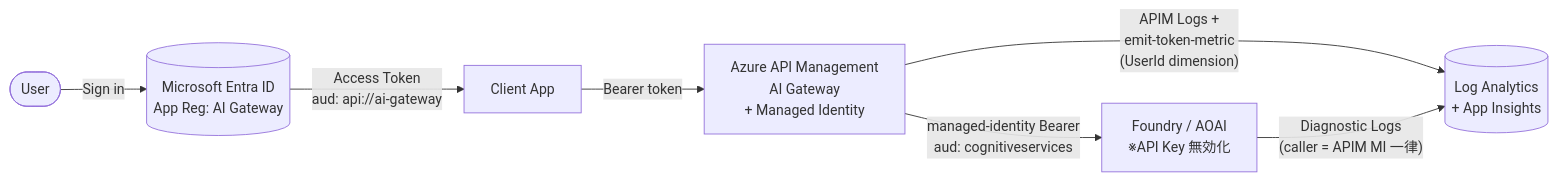
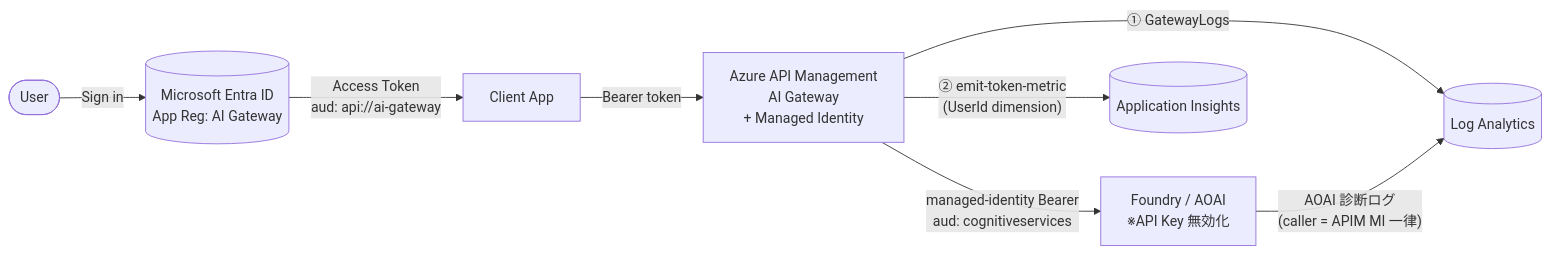
One commit to h-morozumi/foundry-usage-tracking-patterns changed the eighth of 9 diagrams in README.md. Above: the diagram before and after it, drawn with Mermaid. The commit also changed other lines of this file, not shown here.

Commit message:
fix: Update README to clarify AOAI diagnostic logs and logging patterns

````diff
--- a/README.md
+++ b/README.md
@@ -412,16 +437,18 @@
 ```mermaid
 flowchart LR
     User([User])
     App[Client App]
     Entra[(Microsoft Entra ID<br/>App Reg: AI Gateway)]
     APIM[Azure API Management<br/>AI Gateway<br/>+ Managed Identity]
     Foundry[Foundry / AOAI<br/>※API Key 無効化]
-    LA[(Log Analytics<br/>+ App Insights)]
+    LA[(Log Analytics)]
+    AI[(Application Insights)]
 
     User -->|Sign in| Entra
     Entra -->|"Access Token<br/>aud: api://ai-gateway"| App
     App -->|Bearer token| APIM
     APIM -->|"managed-identity Bearer<br/>aud: cognitiveservices"| Foundry
-    APIM -->|"APIM Logs +<br/>emit-token-metric<br/>(UserId dimension)"| LA
-    Foundry -->|"Diagnostic Logs<br/>(caller = APIM MI 一律)"| LA
+    APIM -->|"① GatewayLogs"| LA
+    APIM -->|"② emit-token-metric<br/>(UserId dimension)"| AI
+    Foundry -->|"AOAI 診断ログ<br/>(caller = APIM MI 一律)"| LA
 ```
````
